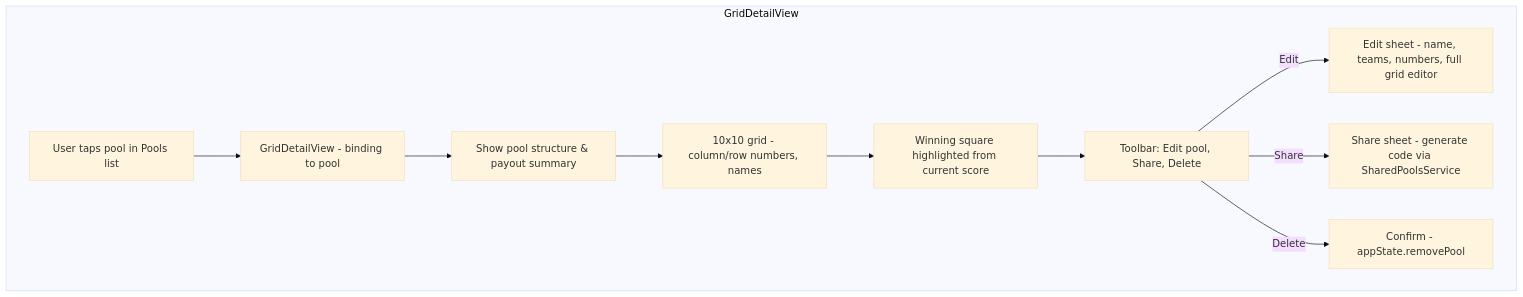
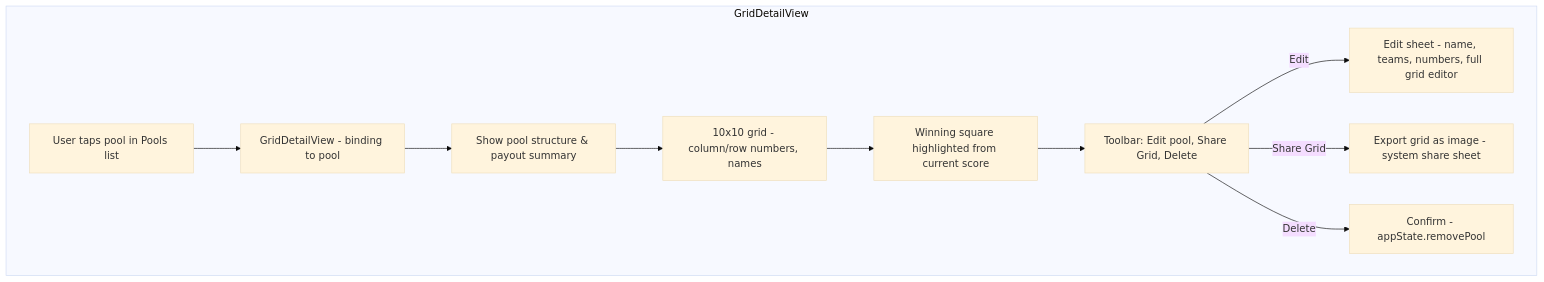
The eighth of 12 diagrams in docs/APP_FLOW.md (mcapace/superbowlbox), drawn with Mermaid (base theme) before and after one commit. The commit also changed other lines of this file and 2 other files, not shown here.

First line of the commit message:
Docs: update schemas, workflows, and mermaid flow charts

````diff
--- a/docs/APP_FLOW.md
+++ b/docs/APP_FLOW.md
@@ -172,14 +172,14 @@
 ```mermaid
 flowchart TD
     subgraph Grid["GridDetailView"]
         GD0[User taps pool in Pools list]
         GD0 --> GD1[GridDetailView - binding to pool]
         GD1 --> GD2[Show pool structure & payout summary]
         GD2 --> GD3[10x10 grid - column/row numbers, names]
         GD3 --> GD4[Winning square highlighted from current score]
-        GD4 --> GD5[Toolbar: Edit pool, Share, Delete]
+        GD4 --> GD5[Toolbar: Edit pool, Share Grid, Delete]
         GD5 --> |Edit| GD6[Edit sheet - name, teams, numbers, full grid editor]
-        GD5 --> |Share| GD7[Share sheet - generate code via SharedPoolsService]
+        GD5 --> |Share Grid| GD7[Export grid as image - system share sheet]
         GD5 --> |Delete| GD8[Confirm - appState.removePool]
     end
 ```
````
